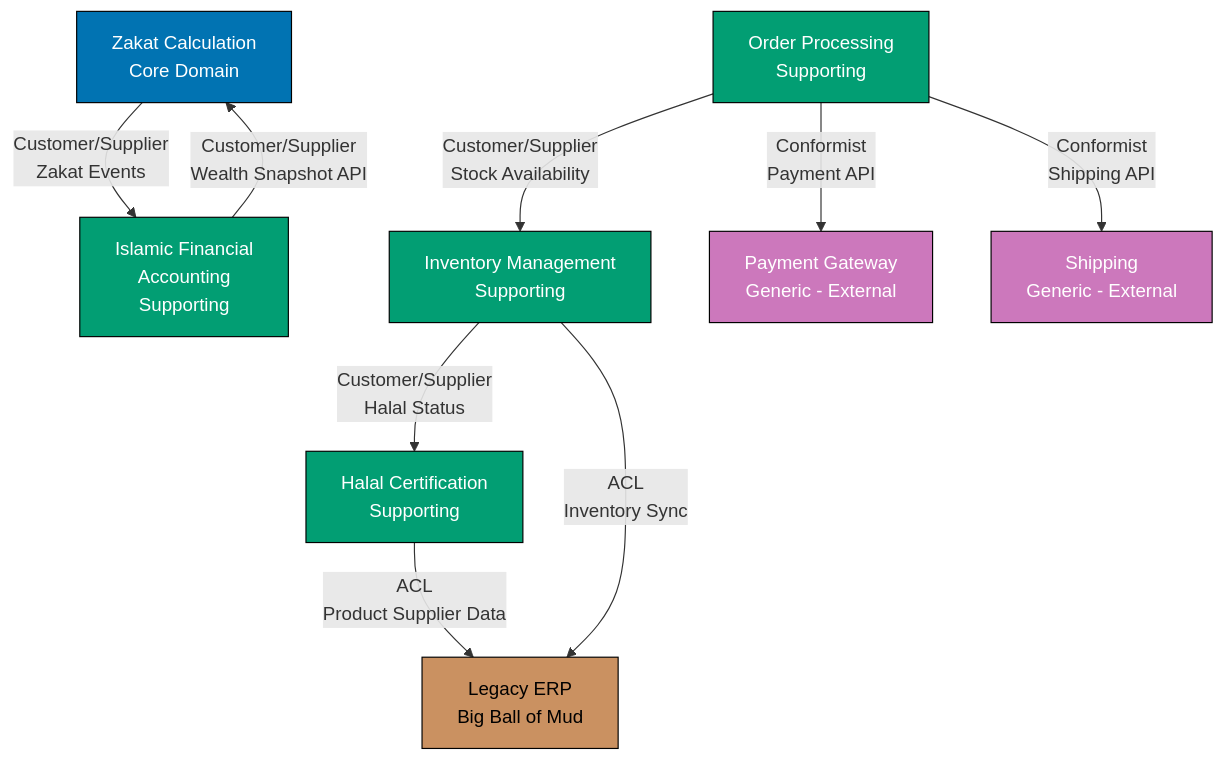
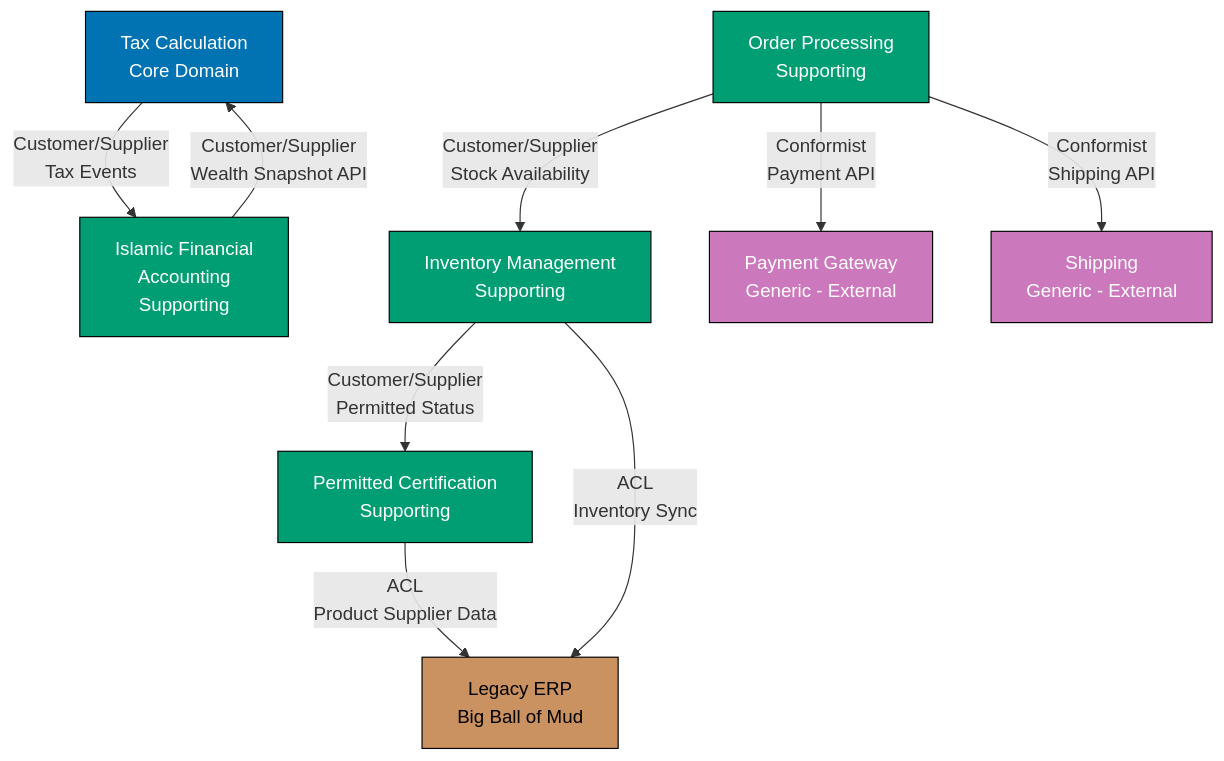
Before and after one commit to wahidyankf/open-sharia-enterprise: diagram 11 of 16 in docs/explanation/software/architecture/domain-driven-design-ddd/ex-so-ar-dodrdedd__04-context-mapping.md, drawn with Mermaid. The commit also changed other lines of this file and 94 other files, not shown here.

````diff
--- a/docs/explanation/software/architecture/domain-driven-design-ddd/ex-so-ar-dodrdedd__04-context-mapping.md
+++ b/docs/explanation/software/architecture/domain-driven-design-ddd/ex-so-ar-dodrdedd__04-context-mapping.md
@@ -667,41 +662,41 @@
 ```mermaid
 graph TD
     %% Core Domain
-    ZC[Zakat Calculation<br/>Core Domain]
+    ZC[Tax Calculation<br/>Core Domain]
 
     %% Supporting Domains
-    HC[Halal Certification<br/>Supporting]
+    HC[Permitted Certification<br/>Supporting]
     IM[Inventory Management<br/>Supporting]
     OP[Order Processing<br/>Supporting]
     IFA[Islamic Financial<br/>Accounting<br/>Supporting]
 
     %% Generic Domains
     PAY[Payment Gateway<br/>Generic - External]
     SHIP[Shipping<br/>Generic - External]
 
     %% Legacy
     ERP[Legacy ERP<br/>Big Ball of Mud]
 
     %% Relationships
     IFA -->|"Customer/Supplier<br/>Wealth Snapshot API"| ZC
-    ZC -->|"Customer/Supplier<br/>Zakat Events"| IFA
+    ZC -->|"Customer/Supplier<br/>Tax Events"| IFA
 
     OP -->|"Customer/Supplier<br/>Stock Availability"| IM
-    IM -->|"Customer/Supplier<br/>Halal Status"| HC
+    IM -->|"Customer/Supplier<br/>Permitted Status"| HC
 
     OP -->|"Conformist<br/>Payment API"| PAY
     OP -->|"Conformist<br/>Shipping API"| SHIP
 
     HC -->|"ACL<br/>Product Supplier Data"| ERP
     IM -->|"ACL<br/>Inventory Sync"| ERP
 
     %% Styling
     style ZC fill:#0173B2,stroke:#000,color:#FFFFFF
     style HC fill:#029E73,stroke:#000,color:#FFFFFF
     style IM fill:#029E73,stroke:#000,color:#FFFFFF
     style OP fill:#029E73,stroke:#000,color:#FFFFFF
     style IFA fill:#029E73,stroke:#000,color:#FFFFFF
     style PAY fill:#CC78BC,stroke:#000,color:#FFFFFF
     style SHIP fill:#CC78BC,stroke:#000,color:#FFFFFF
     style ERP fill:#CA9161,stroke:#000,color:#000000
 ```
````
